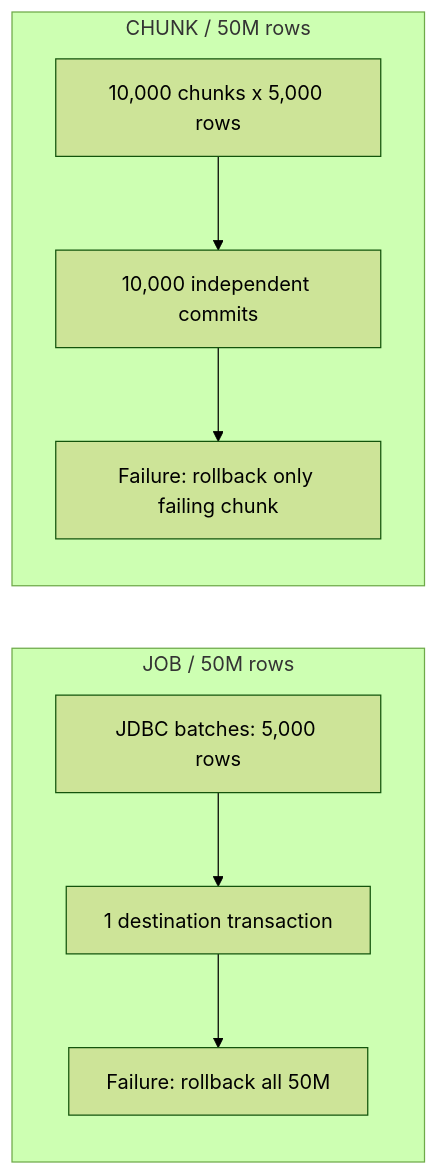
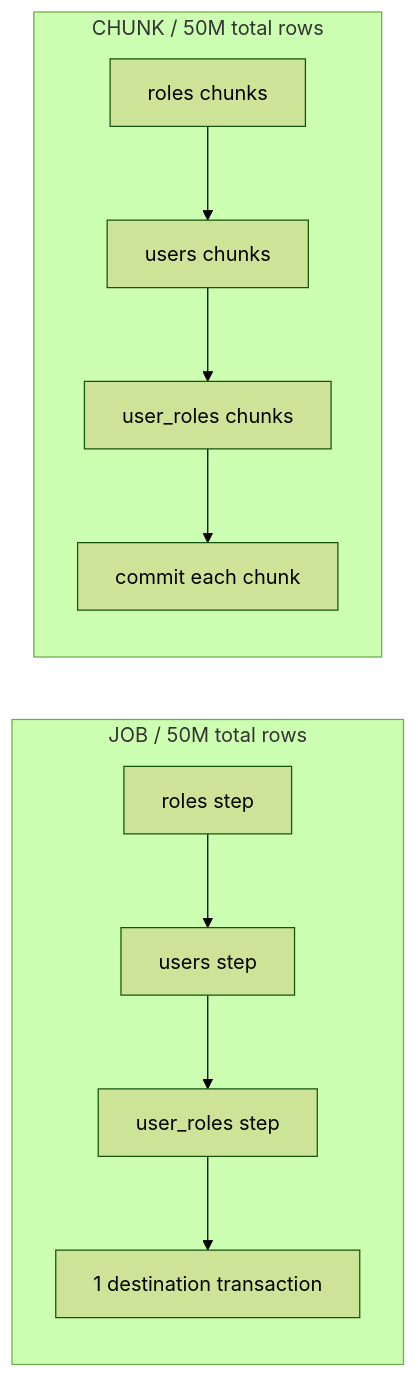
The second of 4 diagrams in quarto/performance.qmd (tibame201020/IrisPipe), drawn with Mermaid (forest theme) before and after one commit. The commit also changed other lines of this file and 18 other files, not shown here.

````diff
--- a/quarto/performance.qmd
+++ b/quarto/performance.qmd
@@ -106,9 +149,9 @@
 ```{mermaid}
 flowchart LR
-  subgraph JOB["JOB / 50M rows"]
-    J1["JDBC batches: 5,000 rows"] --> J2["1 destination transaction"] --> J3["Failure: rollback all 50M"]
+  subgraph JOB["JOB / 50M total rows"]
+    J1["roles step"] --> J2["users step"] --> J3["user_roles step"] --> J4["1 destination transaction"]
   end
-  subgraph CHUNK["CHUNK / 50M rows"]
-    C1["10,000 chunks x 5,000 rows"] --> C2["10,000 independent commits"] --> C3["Failure: rollback only failing chunk"]
+  subgraph CHUNK["CHUNK / 50M total rows"]
+    C1["roles chunks"] --> C2["users chunks"] --> C3["user_roles chunks"] --> C4["commit each chunk"]
   end
 ```
````
